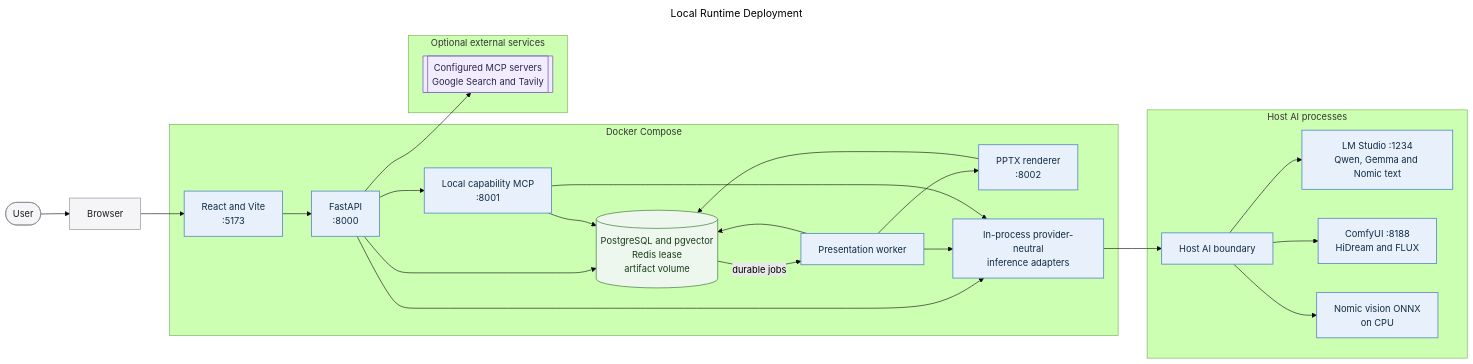
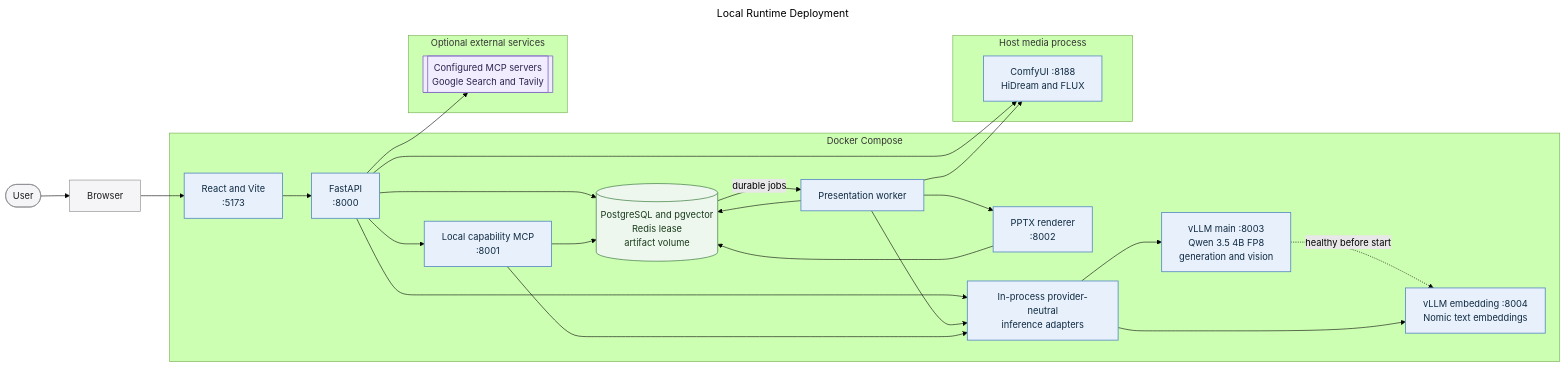
One commit to MallyaAni/PersonalAssistant changed the diagram in docs/diagrams/runtime-deployment.mmd. Above: the diagram before and after it, drawn with Mermaid (forest theme). The commit also changed 41 other files, not shown here.

```diff
--- a/docs/diagrams/runtime-deployment.mmd
+++ b/docs/diagrams/runtime-deployment.mmd
@@ -1,53 +1,53 @@
 ---
 title: Local Runtime Deployment
 ---
 flowchart LR
     User([User]) --> Browser[Browser]
 
     subgraph Compose[Docker Compose]
         Frontend[React and Vite<br/>:5173]
         Backend[FastAPI<br/>:8000]
         Worker[Presentation worker]
         MCP[Local capability MCP<br/>:8001]
         Renderer[PPTX renderer<br/>:8002]
         Adapters[In-process provider-neutral<br/>inference adapters]
+        VLLMMain[vLLM main :8003<br/>Qwen 3.5 4B FP8<br/>generation and vision]
+        VLLMEmbed[vLLM embedding :8004<br/>Nomic text embeddings]
         Stores[(PostgreSQL and pgvector<br/>Redis lease<br/>artifact volume)]
+        VLLMMain -.->|healthy before start| VLLMEmbed
     end
 
-    subgraph Host[Host AI processes]
-        AI[Host AI boundary]
-        LMStudio[LM Studio :1234<br/>Qwen, Gemma and Nomic text]
+    subgraph Host[Host media process]
         ComfyUI[ComfyUI :8188<br/>HiDream and FLUX]
-        VisionEmbed[Nomic vision ONNX<br/>on CPU]
-        AI --> LMStudio
-        AI --> ComfyUI
-        AI --> VisionEmbed
     end
 
     subgraph External[Optional external services]
         Integrations[[Configured MCP servers<br/>Google Search and Tavily]]
     end
 
     Browser --> Frontend --> Backend
     Backend --> Stores
     Backend --> Adapters
+    Backend --> ComfyUI
     Backend --> MCP
     Backend --> Integrations
 
     Stores -->|durable jobs| Worker
     Worker --> Stores
     Worker --> Adapters
+    Worker --> ComfyUI
     Worker --> Renderer
     Renderer --> Stores
     MCP --> Stores
     MCP --> Adapters
-    Adapters --> AI
+    Adapters --> VLLMMain
+    Adapters --> VLLMEmbed
 
     classDef user fill:#f5f5f7,stroke:#86868b,color:#1d1d1f;
     classDef process fill:#e8f1fb,stroke:#5e8fc4,color:#102a43,stroke-width:1.5px;
     classDef data fill:#eef7ee,stroke:#5f9562,color:#183b1b,stroke-width:1.5px;
     classDef external fill:#f1edff,stroke:#8872c6,color:#2e2450,stroke-width:1.5px;
     class User,Browser user;
-    class Frontend,Backend,Worker,MCP,Renderer,Adapters,AI,LMStudio,ComfyUI,VisionEmbed process;
+    class Frontend,Backend,Worker,MCP,Renderer,Adapters,VLLMMain,VLLMEmbed,ComfyUI process;
     class Stores data;
     class Integrations external;
```
